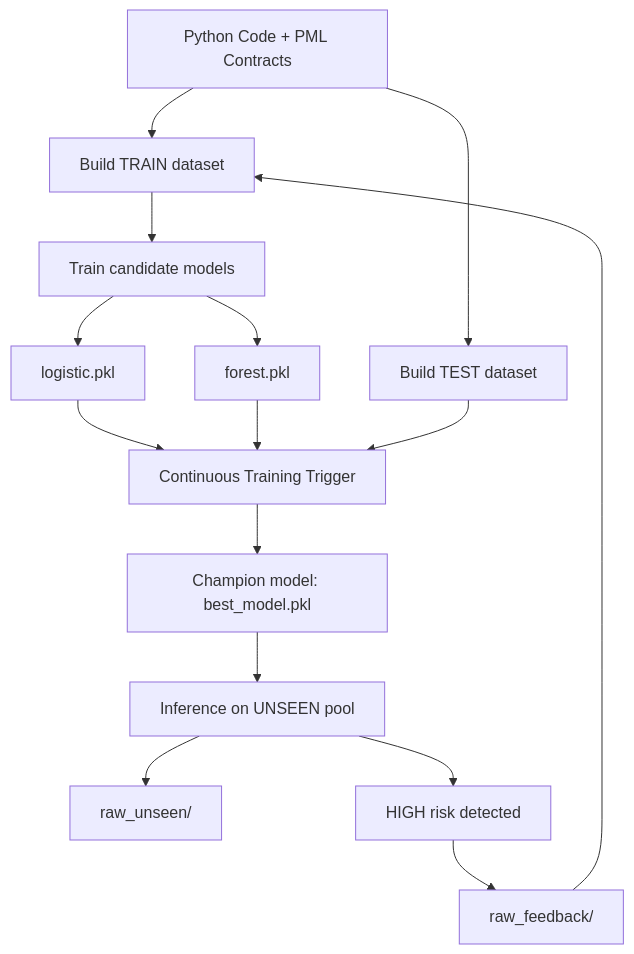
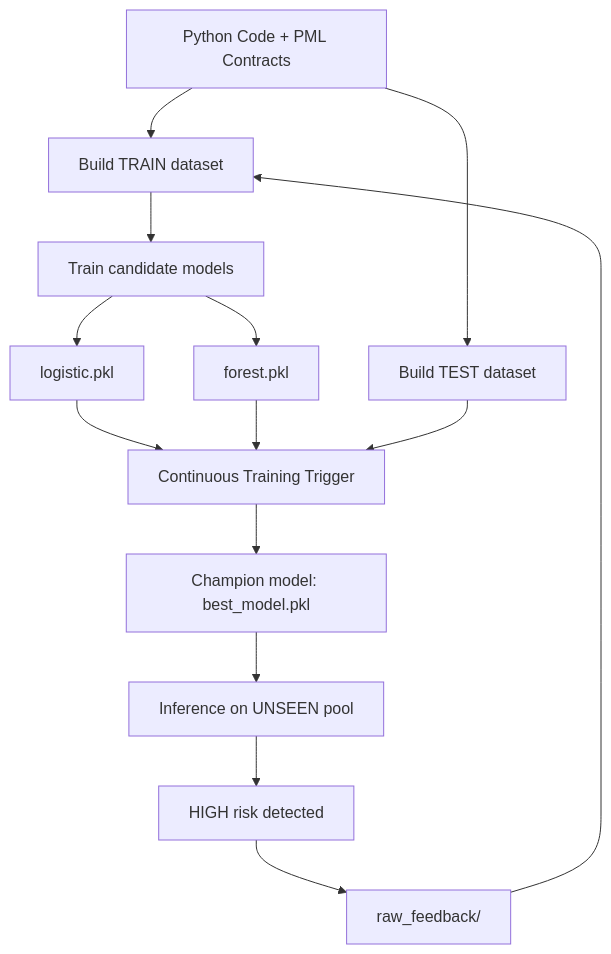
Before and after one commit to CERTprogramming/SpecLens-PML: the diagram in SpecLens_SSD.md, drawn with Mermaid. The commit also changed other lines of this file and 6 other files, not shown here.

````diff
--- a/SpecLens_SSD.md
+++ b/SpecLens_SSD.md
@@ -126,24 +127,21 @@
 ```mermaid
 flowchart TD
-
     A[Python Code + PML Contracts] --> B1[Build TRAIN dataset]
     A --> B2[Build TEST dataset]
 
     B1 --> D[Train candidate models]
     D --> E1[logistic.pkl]
     D --> E2[forest.pkl]
 
     E1 --> F[Continuous Training Trigger]
     E2 --> F
     B2 --> F
 
     F --> G[Champion model: best_model.pkl]
 
     G --> H[Inference on UNSEEN pool]
-    H --> I[raw_unseen/]
-
     H --> J[HIGH risk detected]
     J --> K[raw_feedback/]
 
     K --> B1
 ```
````
